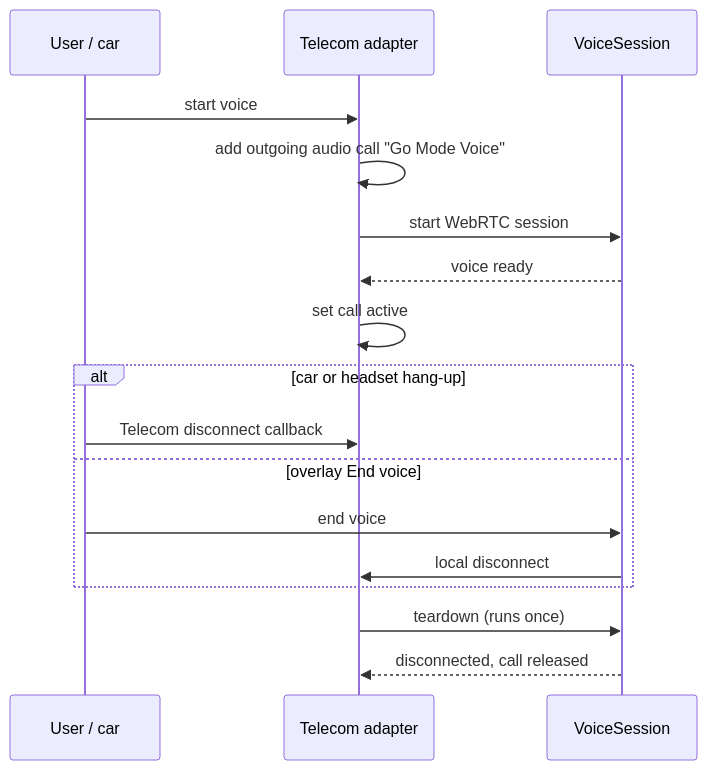
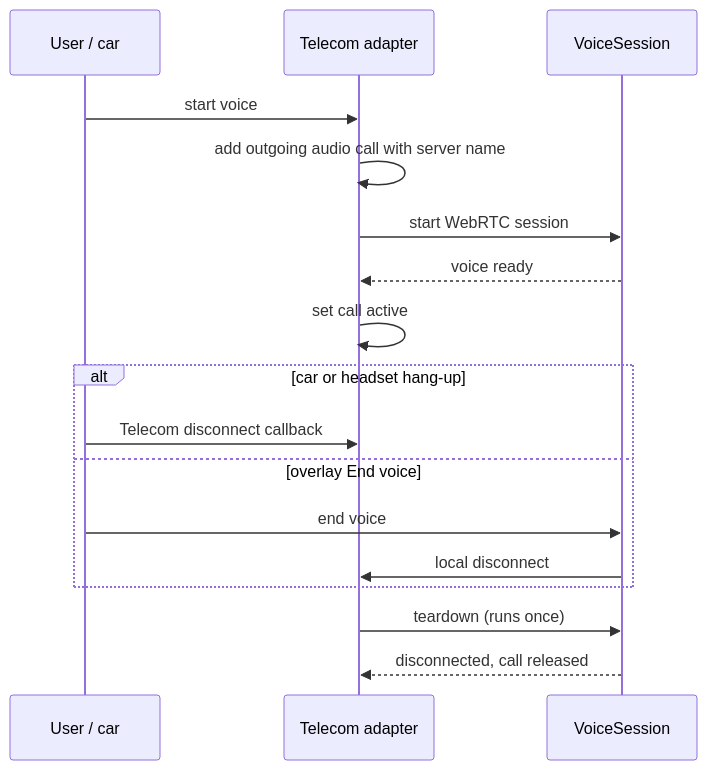
Before and after one commit to maruel/gomode: the diagram in docs/HFP_CALL_CONTROL.md, drawn with Mermaid. The commit also changed other lines of this file and 93 other files, not shown here.

````diff
--- a/docs/HFP_CALL_CONTROL.md
+++ b/docs/HFP_CALL_CONTROL.md
@@ -31,19 +161,19 @@
 ```mermaid
 sequenceDiagram
     participant U as User / car
     participant T as Telecom adapter
     participant V as VoiceSession
     U->>T: start voice
-    T->>T: add outgoing audio call "Go Mode Voice"
+    T->>T: add outgoing audio call with server name
     T->>V: start WebRTC session
     V-->>T: voice ready
     T->>T: set call active
     alt car or headset hang-up
         U->>T: Telecom disconnect callback
     else overlay End voice
         U->>V: end voice
         V->>T: local disconnect
     end
     T->>V: teardown (runs once)
     V-->>T: disconnected, call released
 ```
````
